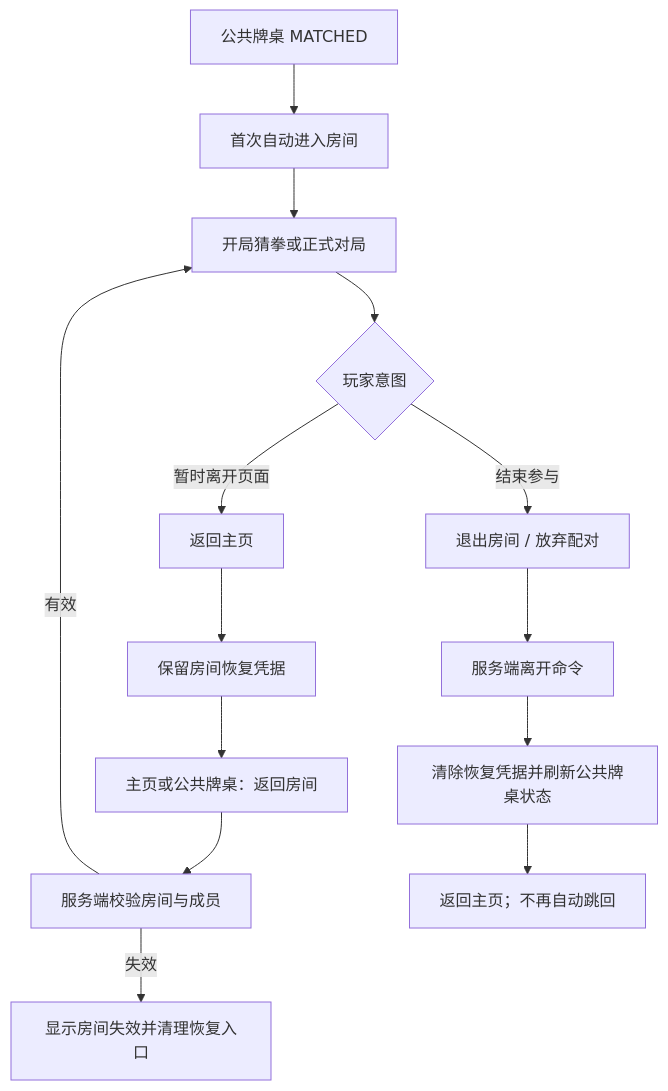
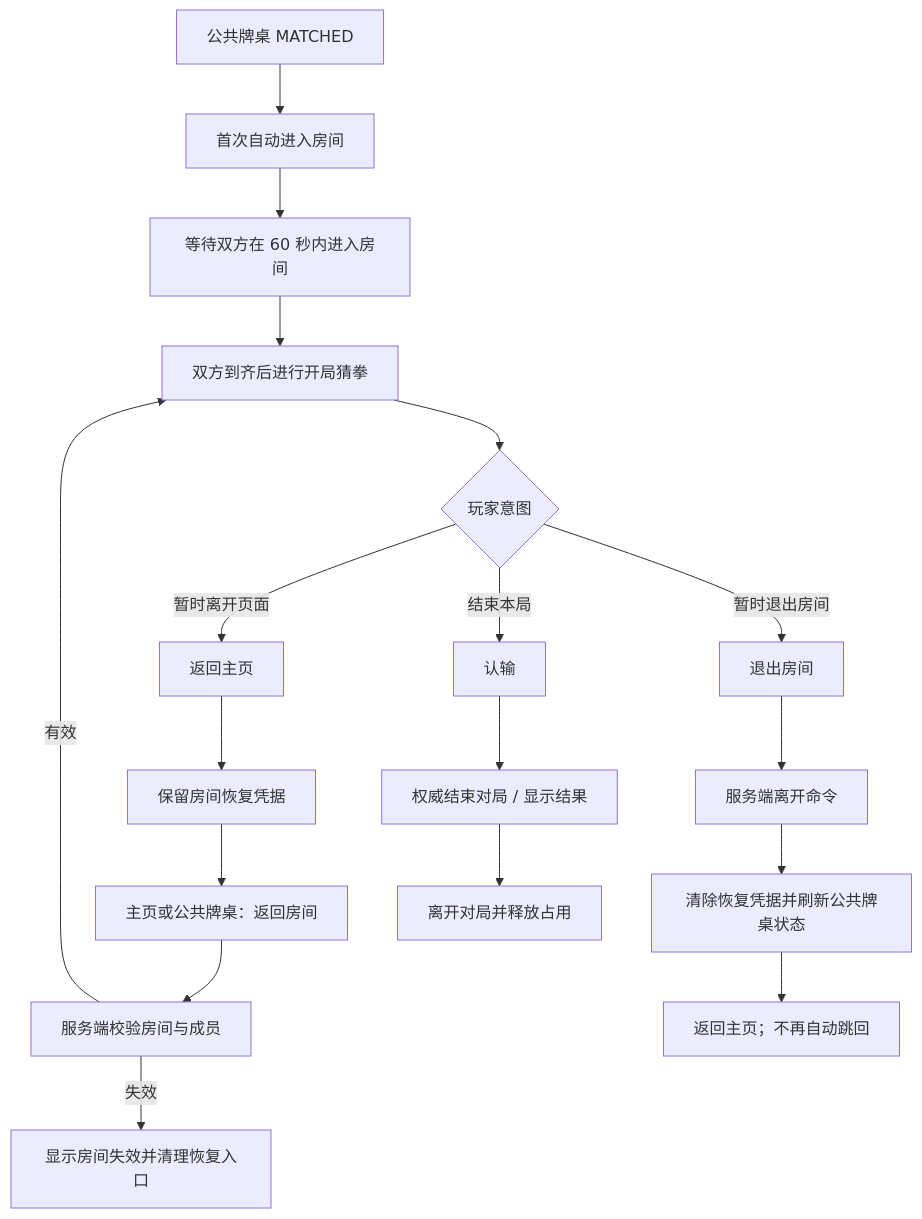
Before and after one commit to catmeow123456/loveca-dev: the diagram in docs/online-mode/room-exit-and-recovery.md, drawn with Mermaid. The commit also changed other lines of this file and 25 other files, not shown here.

````diff
--- a/docs/online-mode/room-exit-and-recovery.md
+++ b/docs/online-mode/room-exit-and-recovery.md
@@ -146,16 +148,20 @@
 ```mermaid
 flowchart TD
     Matched[公共牌桌 MATCHED] --> Auto[首次自动进入房间]
-    Auto --> Opening[开局猜拳或正式对局]
+    Auto --> Arrival[等待双方在 60 秒内进入房间]
+    Arrival --> Opening[双方到齐后进行开局猜拳]
     Opening --> Intent{玩家意图}
     Intent -->|暂时离开页面| Home[返回主页]
     Home --> Keep[保留房间恢复凭据]
     Keep --> Resume[主页或公共牌桌：返回房间]
     Resume --> Validate[服务端校验房间与成员]
     Validate -->|有效| Opening
     Validate -->|失效| Error[显示房间失效并清理恢复入口]
-    Intent -->|结束参与| Exit[退出房间 / 放弃配对]
+    Intent -->|暂时退出房间| Exit[退出房间]
     Exit --> LeaveCommand[服务端离开命令]
     LeaveCommand --> Clear[清除恢复凭据并刷新公共牌桌状态]
     Clear --> Idle[返回主页；不再自动跳回]
+    Intent -->|结束本局| Surrender[认输]
+    Surrender --> Ended[权威结束对局 / 显示结果]
+    Ended --> LeaveEnded[离开对局并释放占用]
 ```
````
